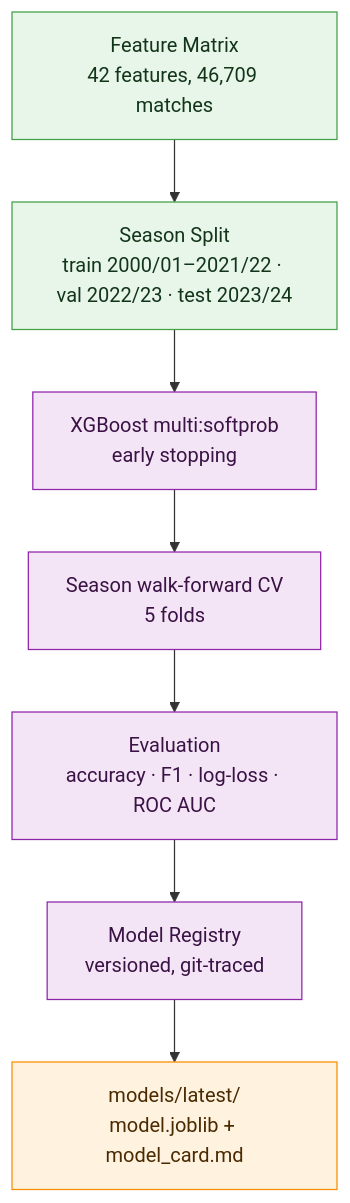
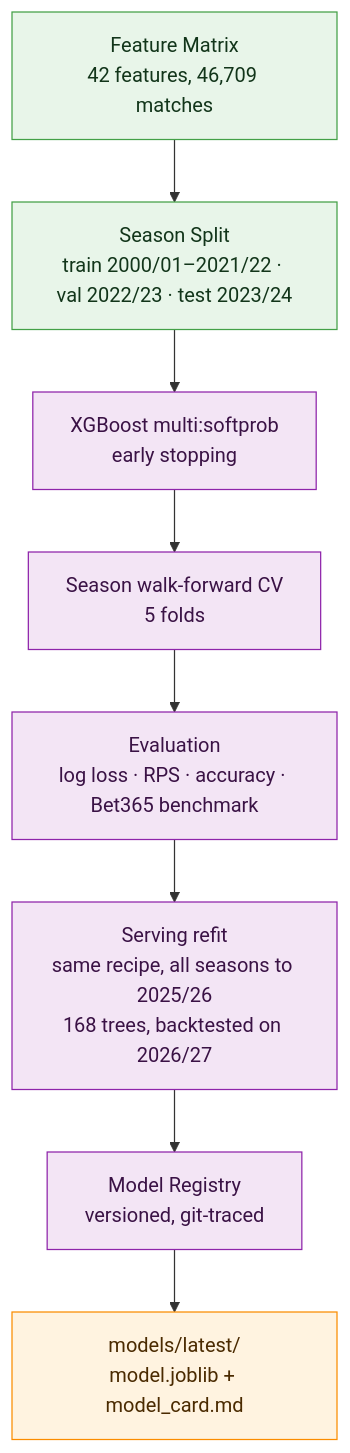
Before and after one commit to SumukhaK/football-intelligence-platform: the third of 6 diagrams in README.md, drawn with Mermaid. The commit also changed other lines of this file and 8 other files, not shown here.

````diff
--- a/README.md
+++ b/README.md
@@ -167,16 +167,17 @@
 ```mermaid
 flowchart TD
     A[Feature Matrix\n42 features, 46,709 matches] --> B[Season Split\ntrain 2000/01–2021/22 · val 2022/23 · test 2023/24]
     B --> C[XGBoost multi:softprob\nearly stopping]
     C --> D[Season walk-forward CV\n5 folds]
-    D --> E[Evaluation\naccuracy · F1 · log-loss · ROC AUC]
-    E --> F[Model Registry\nversioned, git-traced]
+    D --> E[Evaluation\nlog loss · RPS · accuracy · Bet365 benchmark]
+    E --> R[Serving refit\nsame recipe, all seasons to 2025/26\n168 trees, backtested on 2026/27]
+    R --> F[Model Registry\nversioned, git-traced]
     F --> G[models/latest/\nmodel.joblib + model_card.md]
 
     classDef data fill:#E8F5E9,stroke:#43A047,color:#12351A
     classDef model fill:#F3E5F5,stroke:#8E24AA,color:#3A1245
     classDef serve fill:#FFF3E0,stroke:#FB8C00,color:#4A2A00
     class A,B data
-    class C,D,E,F model
+    class C,D,E,R,F model
     class G serve
 ```
````
